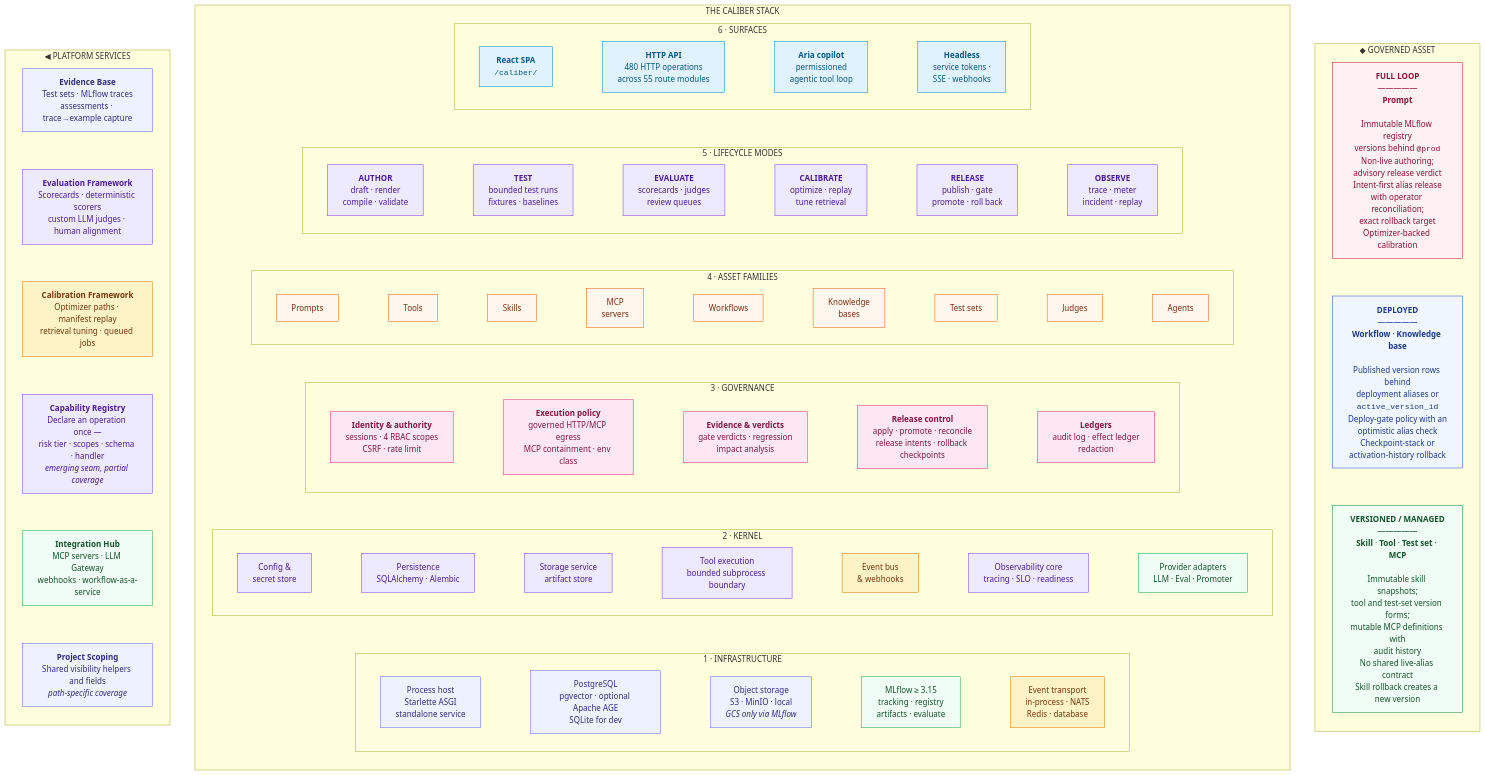
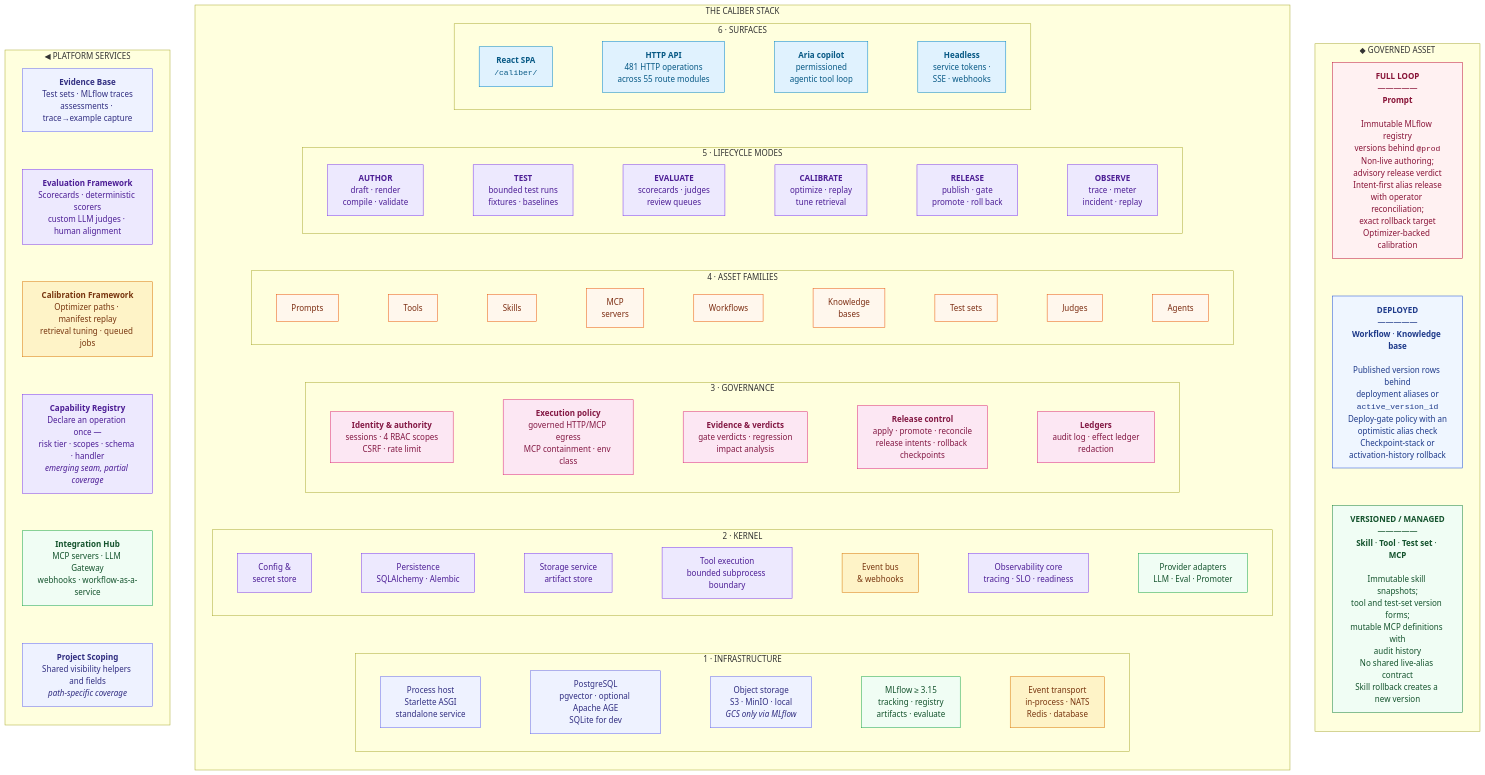
Before and after one commit to rrahimi-uci/caliber-suite: the first of 8 diagrams in ARCHITECTURE.md, drawn with Mermaid. The commit also changed 55 other files, not shown here.

```diff
--- a/ARCHITECTURE.md
+++ b/ARCHITECTURE.md
@@ -105,7 +105,7 @@
     subgraph L6["6 · SURFACES"]
       direction LR
       s1["<b>React SPA</b><br/><code>/caliber/</code>"]:::ui
-      s2["<b>HTTP API</b><br/>480 HTTP operations<br/>across 55 route modules"]:::ui
+      s2["<b>HTTP API</b><br/>481 HTTP operations<br/>across 55 route modules"]:::ui
       s3["<b>Aria copilot</b><br/>permissioned<br/>agentic tool loop"]:::ui
       s4["<b>Headless</b><br/>service tokens ·<br/>SSE · webhooks"]:::ui
       s1 --- s2 --- s3 --- s4
```
